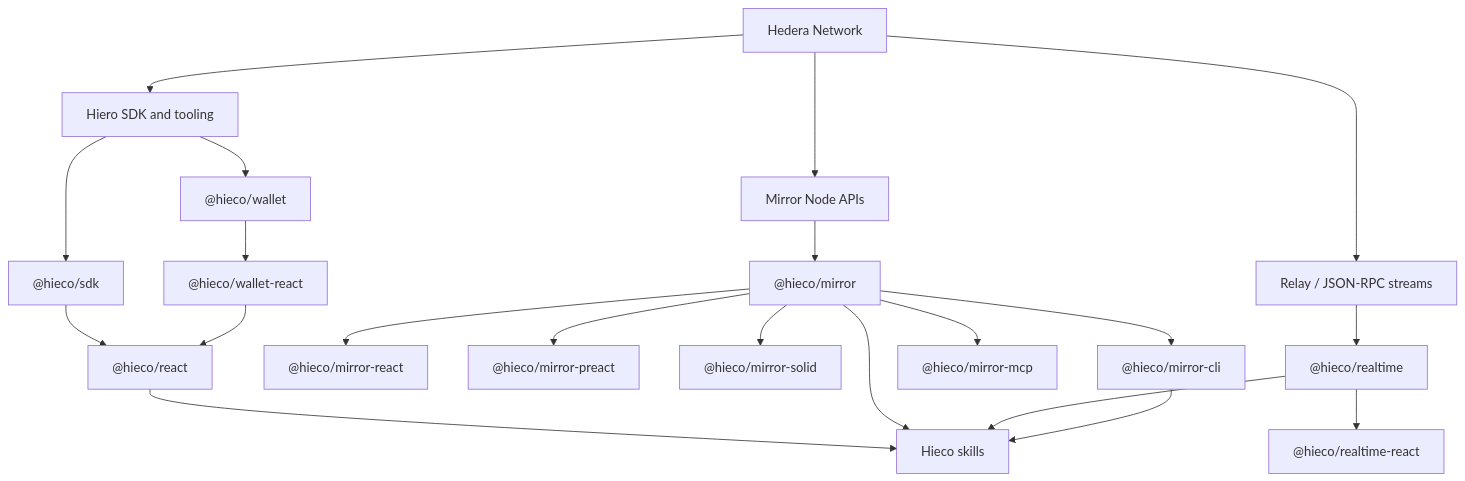
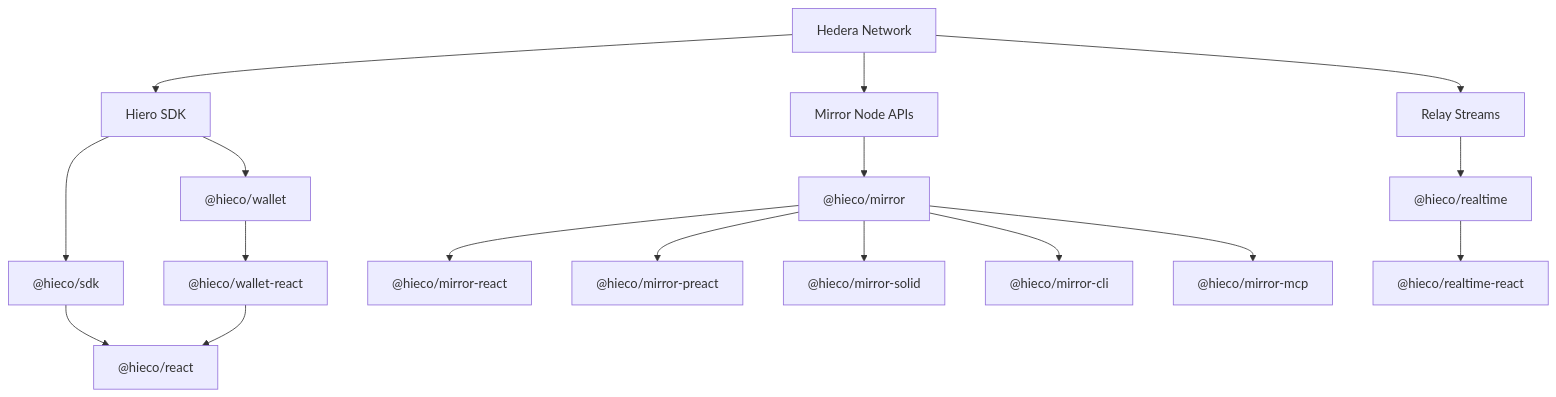
Before and after one commit to powxenv/hieco: the diagram in README.md, drawn with Mermaid. The commit also changed other lines of this file, not shown here.

First line of the commit message:
docs: overhaul root README with new Hieco ecosystem overview

````diff
--- a/README.md
+++ b/README.md
@@ -67,23 +248,19 @@
 ```mermaid
 flowchart TD
-  A["Hedera Network"] --> B["Hiero SDK and tooling"]
+  A["Hedera Network"] --> B["Hiero SDK"]
   A --> C["Mirror Node APIs"]
-  A --> D["Relay / JSON-RPC streams"]
+  A --> D["Relay Streams"]
   B --> E["@hieco/sdk"]
-  B --> P["@hieco/wallet"]
-  P --> Q["@hieco/wallet-react"]
-  E --> F["@hieco/react"]
-  Q --> F
-  C --> G["@hieco/mirror"]
-  G --> H["@hieco/mirror-react"]
-  G --> I["@hieco/mirror-preact"]
-  G --> J["@hieco/mirror-solid"]
-  G --> K["@hieco/mirror-cli"]
-  G --> L["@hieco/mirror-mcp"]
-  D --> M["@hieco/realtime"]
-  M --> N["@hieco/realtime-react"]
-  F --> O["Hieco skills"]
-  G --> O
-  M --> O
-  K --> O
+  B --> F["@hieco/wallet"]
+  E --> G["@hieco/react"]
+  F --> H["@hieco/wallet-react"]
+  H --> G
+  C --> I["@hieco/mirror"]
+  I --> J["@hieco/mirror-react"]
+  I --> K["@hieco/mirror-preact"]
+  I --> L["@hieco/mirror-solid"]
+  I --> M["@hieco/mirror-cli"]
+  I --> N["@hieco/mirror-mcp"]
+  D --> O["@hieco/realtime"]
+  O --> P["@hieco/realtime-react"]
 ```
````
